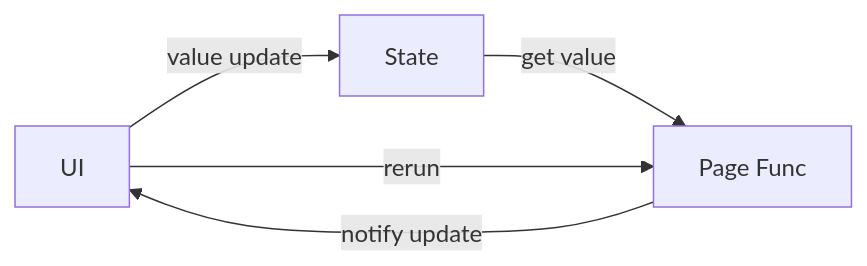
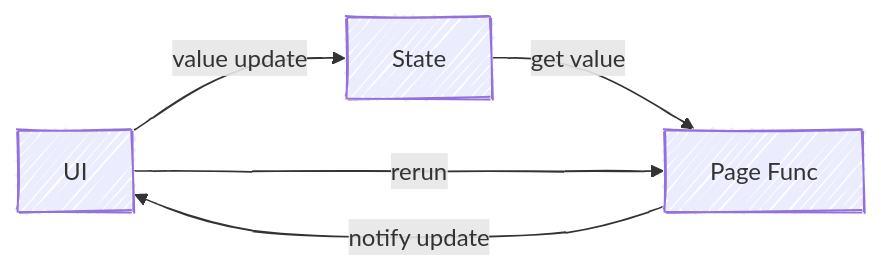
One commit to voilelab/toolgui changed the first of 2 diagrams in docs/src/architecture/how-it-works.md. Above: the diagram before and after it, drawn with Mermaid. The commit also changed 1 other file, not shown here.

Commit message:
docs: draw the mermaid diagrams in the hand-drawn look
The diagrams these two replaced were hand-drawn, and the plain boxes read
as a different kind of picture on the same pages. mermaid 11 draws through
rough.js with one config key, so the look comes back without giving up the
editable source.

Claude-Session: https://claude.ai/code/session_01XC4AbGH8HhsLnCEW71katS

````diff
--- a/docs/src/architecture/how-it-works.md
+++ b/docs/src/architecture/how-it-works.md
@@ -5,7 +5,11 @@
 ```mermaid
+---
+config:
+  look: handDrawn
+---
 graph LR
     UI -- "value update" --> State
     State -- "get value" --> PageFunc["Page Func"]
     UI -- "rerun" --> PageFunc
     PageFunc -- "notify update" --> UI
 ```
````
